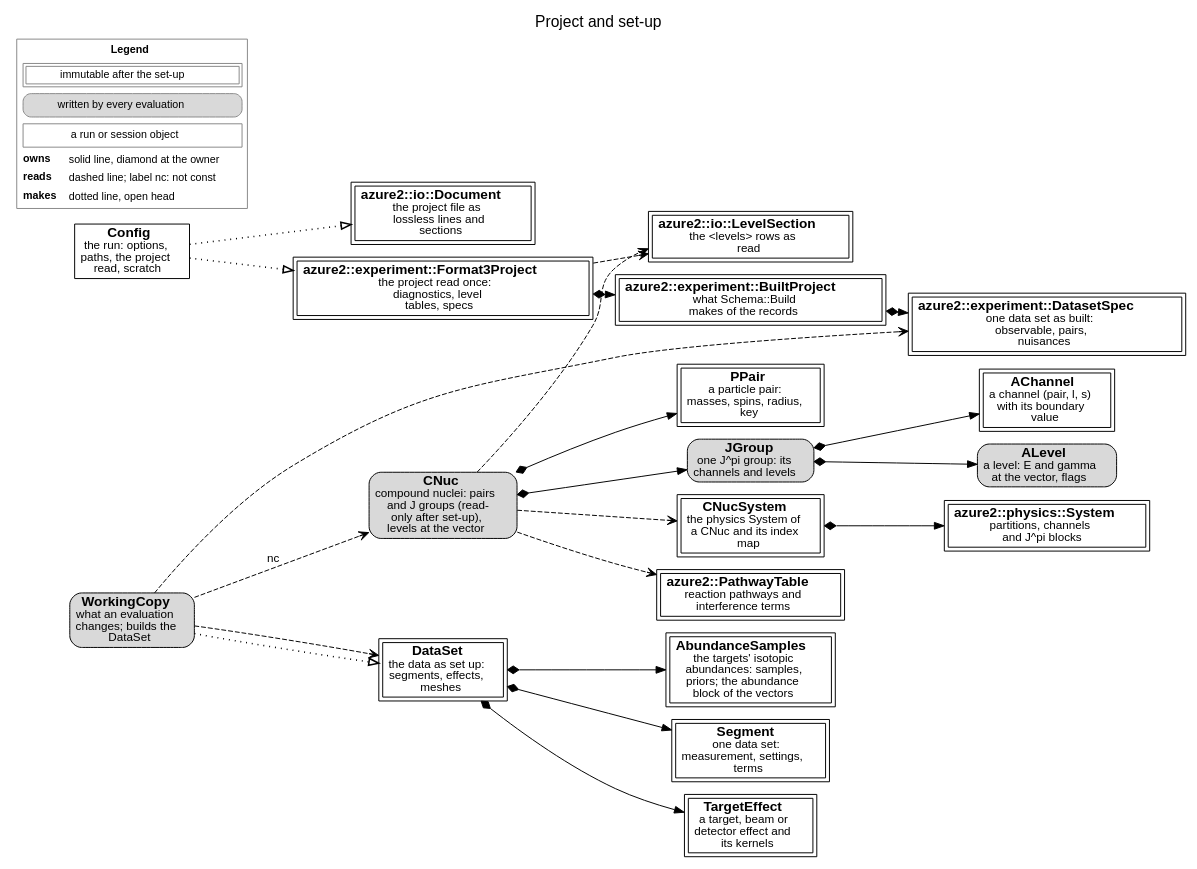
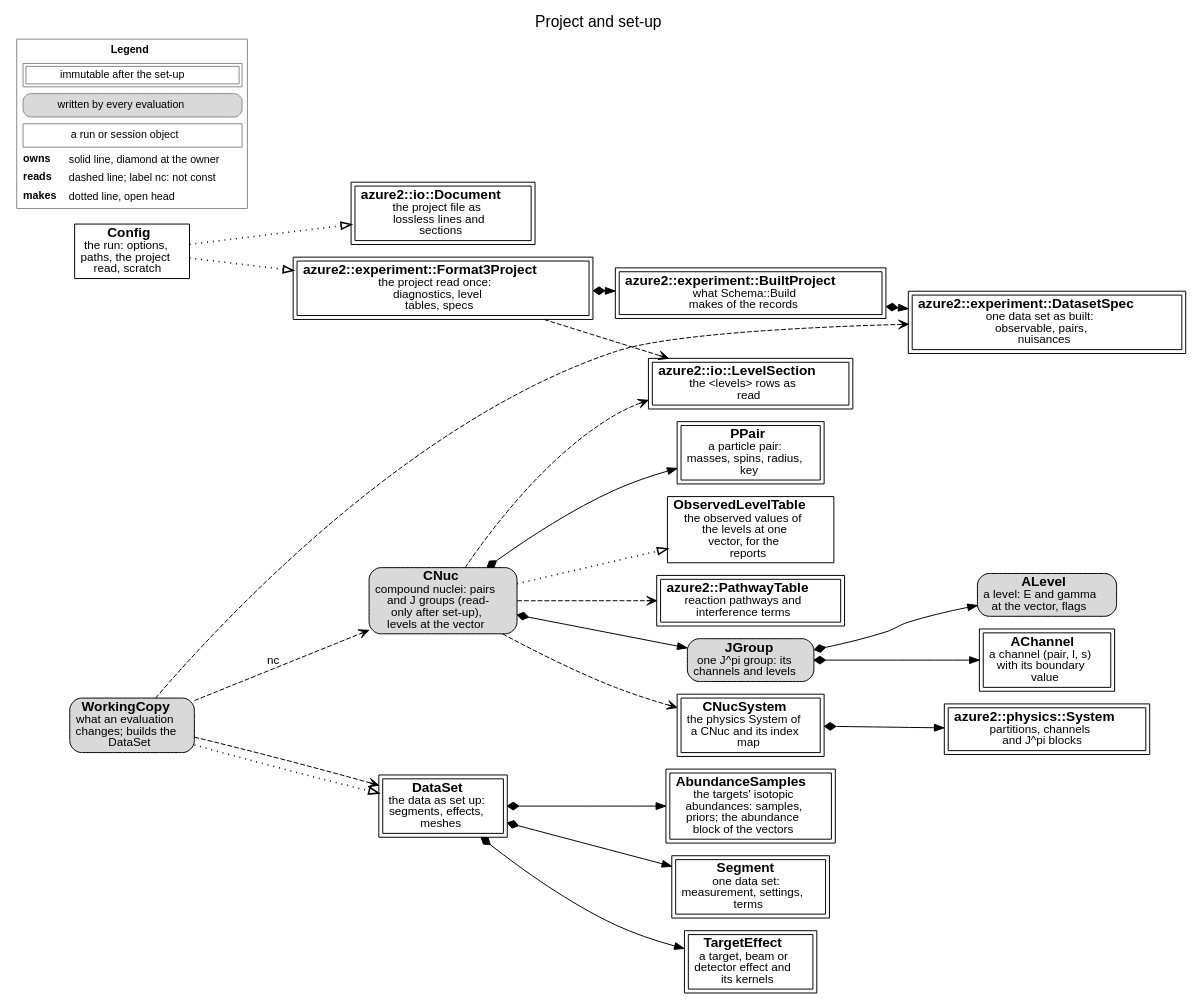
The diagram in docs/source/developer/figures/setup.dot (AZURE2DEV/AZURE2), drawn with Graphviz before and after one commit. The commit also changed 40 other files, not shown here.

```diff
--- a/docs/source/developer/figures/setup.dot
+++ b/docs/source/developer/figures/setup.dot
@@ -1,45 +1,47 @@
 digraph setup {
   graph [rankdir=LR, fontname="Helvetica", fontsize=16, labelloc=t, label="Project and set-up", nodesep=0.18, ranksep=0.3, newrank=true];
   node [fontname="Helvetica", fontsize=14, margin="0.08,0.04"];
   edge [fontname="Helvetica", fontsize=12];
   n_azure2__io__Document [label=<<b>azure2::io::Document</b><br/><font point-size="12">the project file as<br/>lossless lines and<br/>sections</font>>, shape=box, peripheries=2, style="filled", fillcolor="white"];
   n_azure2__io__LevelSection [label=<<b>azure2::io::LevelSection</b><br/><font point-size="12">the &lt;levels&gt; rows as<br/>read</font>>, shape=box, peripheries=2, style="filled", fillcolor="white"];
   n_azure2__experiment__Format3Project [label=<<b>azure2::experiment::Format3Project</b><br/><font point-size="12">the project read once:<br/>diagnostics, level<br/>tables, specs</font>>, shape=box, peripheries=2, style="filled", fillcolor="white"];
   n_azure2__experiment__BuiltProject [label=<<b>azure2::experiment::BuiltProject</b><br/><font point-size="12">what Schema::Build<br/>makes of the records</font>>, shape=box, peripheries=2, style="filled", fillcolor="white"];
   n_azure2__experiment__DatasetSpec [label=<<b>azure2::experiment::DatasetSpec</b><br/><font point-size="12">one data set as built:<br/>observable, pairs,<br/>nuisances</font>>, shape=box, peripheries=2, style="filled", fillcolor="white"];
   n_Config [label=<<b>Config</b><br/><font point-size="12">the run: options,<br/>paths, the project<br/>read, scratch</font>>, shape=box, style="filled", fillcolor="white"];
   n_CNuc [label=<<b>CNuc</b><br/><font point-size="12">compound nuclei: pairs<br/>and J groups (read-<br/>only after set-up),<br/>levels at the vector</font>>, shape=box, style="rounded,filled", fillcolor="#d9d9d9"];
   n_PPair [label=<<b>PPair</b><br/><font point-size="12">a particle pair:<br/>masses, spins, radius,<br/>key</font>>, shape=box, peripheries=2, style="filled", fillcolor="white"];
   n_JGroup [label=<<b>JGroup</b><br/><font point-size="12">one J^pi group: its<br/>channels and levels</font>>, shape=box, style="rounded,filled", fillcolor="#d9d9d9"];
   n_AChannel [label=<<b>AChannel</b><br/><font point-size="12">a channel (pair, l, s)<br/>with its boundary<br/>value</font>>, shape=box, peripheries=2, style="filled", fillcolor="white"];
   n_ALevel [label=<<b>ALevel</b><br/><font point-size="12">a level: E and gamma<br/>at the vector, flags</font>>, shape=box, style="rounded,filled", fillcolor="#d9d9d9"];
+  n_ObservedLevelTable [label=<<b>ObservedLevelTable</b><br/><font point-size="12">the observed values of<br/>the levels at one<br/>vector, for the<br/>reports</font>>, shape=box, style="filled", fillcolor="white"];
   n_CNucSystem [label=<<b>CNucSystem</b><br/><font point-size="12">the physics System of<br/>a CNuc and its index<br/>map</font>>, shape=box, peripheries=2, style="filled", fillcolor="white"];
   n_azure2__physics__System [label=<<b>azure2::physics::System</b><br/><font point-size="12">partitions, channels<br/>and J^pi blocks</font>>, shape=box, peripheries=2, style="filled", fillcolor="white"];
   n_azure2__PathwayTable [label=<<b>azure2::PathwayTable</b><br/><font point-size="12">reaction pathways and<br/>interference terms</font>>, shape=box, peripheries=2, style="filled", fillcolor="white"];
   n_DataSet [label=<<b>DataSet</b><br/><font point-size="12">the data as set up:<br/>segments, effects,<br/>meshes</font>>, shape=box, peripheries=2, style="filled", fillcolor="white"];
   n_AbundanceSamples [label=<<b>AbundanceSamples</b><br/><font point-size="12">the targets&#x27; isotopic<br/>abundances: samples,<br/>priors; the abundance<br/>block of the vectors</font>>, shape=box, peripheries=2, style="filled", fillcolor="white"];
   n_Segment [label=<<b>Segment</b><br/><font point-size="12">one data set:<br/>measurement, settings,<br/>terms</font>>, shape=box, peripheries=2, style="filled", fillcolor="white"];
   n_TargetEffect [label=<<b>TargetEffect</b><br/><font point-size="12">a target, beam or<br/>detector effect and<br/>its kernels</font>>, shape=box, peripheries=2, style="filled", fillcolor="white"];
   n_WorkingCopy [label=<<b>WorkingCopy</b><br/><font point-size="12">what an evaluation<br/>changes; builds the<br/>DataSet</font>>, shape=box, style="rounded,filled", fillcolor="#d9d9d9"];
   n_Config -> n_azure2__io__Document [style=dotted, penwidth=1.6, arrowhead=empty];
   n_Config -> n_azure2__experiment__Format3Project [style=dotted, penwidth=1.6, arrowhead=empty];
   n_azure2__experiment__Format3Project -> n_azure2__io__LevelSection [style=dashed, arrowhead=vee];
   n_azure2__experiment__Format3Project -> n_azure2__experiment__BuiltProject [style=solid, dir=both, arrowtail=diamond, arrowhead=normal];
   n_azure2__experiment__BuiltProject -> n_azure2__experiment__DatasetSpec [style=solid, dir=both, arrowtail=diamond, arrowhead=normal];
   n_CNuc -> n_azure2__io__LevelSection [style=dashed, arrowhead=vee];
   n_CNuc -> n_PPair [style=solid, dir=both, arrowtail=diamond, arrowhead=normal];
   n_CNuc -> n_JGroup [style=solid, dir=both, arrowtail=diamond, arrowhead=normal];
   n_JGroup -> n_AChannel [style=solid, dir=both, arrowtail=diamond, arrowhead=normal];
   n_JGroup -> n_ALevel [style=solid, dir=both, arrowtail=diamond, arrowhead=normal];
+  n_CNuc -> n_ObservedLevelTable [style=dotted, penwidth=1.6, arrowhead=empty];
   n_CNuc -> n_CNucSystem [style=dashed, arrowhead=vee];
   n_CNucSystem -> n_azure2__physics__System [style=solid, dir=both, arrowtail=diamond, arrowhead=normal];
   n_CNuc -> n_azure2__PathwayTable [style=dashed, arrowhead=vee];
   n_WorkingCopy -> n_azure2__experiment__DatasetSpec [style=dashed, arrowhead=vee];
   n_WorkingCopy -> n_CNuc [style=dashed, arrowhead=vee, label=" nc"];
   n_WorkingCopy -> n_DataSet [style=dotted, penwidth=1.6, arrowhead=empty];
   n_WorkingCopy -> n_DataSet [style=dashed, arrowhead=vee];
   n_DataSet -> n_Segment [style=solid, dir=both, arrowtail=diamond, arrowhead=normal];
   n_DataSet -> n_TargetEffect [style=solid, dir=both, arrowtail=diamond, arrowhead=normal];
   n_DataSet -> n_AbundanceSamples [style=solid, dir=both, arrowtail=diamond, arrowhead=normal];
   legend [shape=plaintext, fontsize=11, label=<<TABLE BORDER="1" CELLBORDER="0" CELLSPACING="3" COLOR="#888888"><TR><TD COLSPAN="2"><B>Legend</B></TD></TR><TR><TD COLSPAN="2"><TABLE BORDER="1" CELLBORDER="1" CELLSPACING="2" CELLPADDING="2"><TR><TD>immutable after the set-up</TD></TR></TABLE></TD></TR><TR><TD COLSPAN="2"><TABLE BORDER="1" CELLBORDER="0" CELLPADDING="3" STYLE="rounded" BGCOLOR="#d9d9d9"><TR><TD>written by every evaluation</TD></TR></TABLE></TD></TR><TR><TD COLSPAN="2"><TABLE BORDER="1" CELLBORDER="0" CELLPADDING="3" ><TR><TD>a run or session object</TD></TR></TABLE></TD></TR><TR><TD ALIGN="LEFT"><B>owns</B></TD><TD ALIGN="LEFT">solid line, diamond at the owner</TD></TR><TR><TD ALIGN="LEFT"><B>reads</B></TD><TD ALIGN="LEFT">dashed line; label nc: not const</TD></TR><TR><TD ALIGN="LEFT"><B>makes</B></TD><TD ALIGN="LEFT">dotted line, open head</TD></TR></TABLE>>];
 }
```
